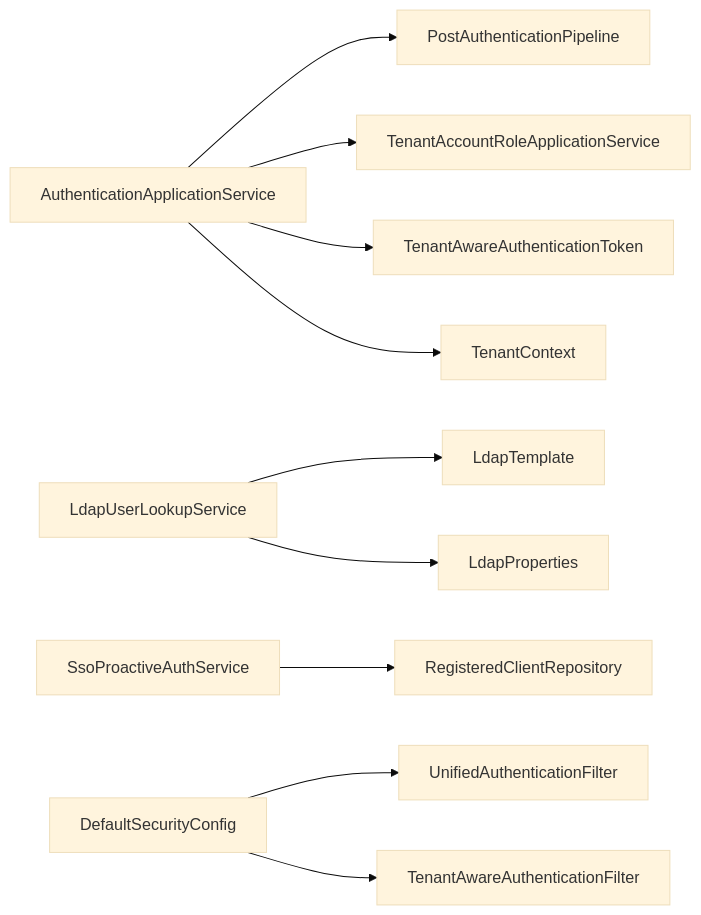
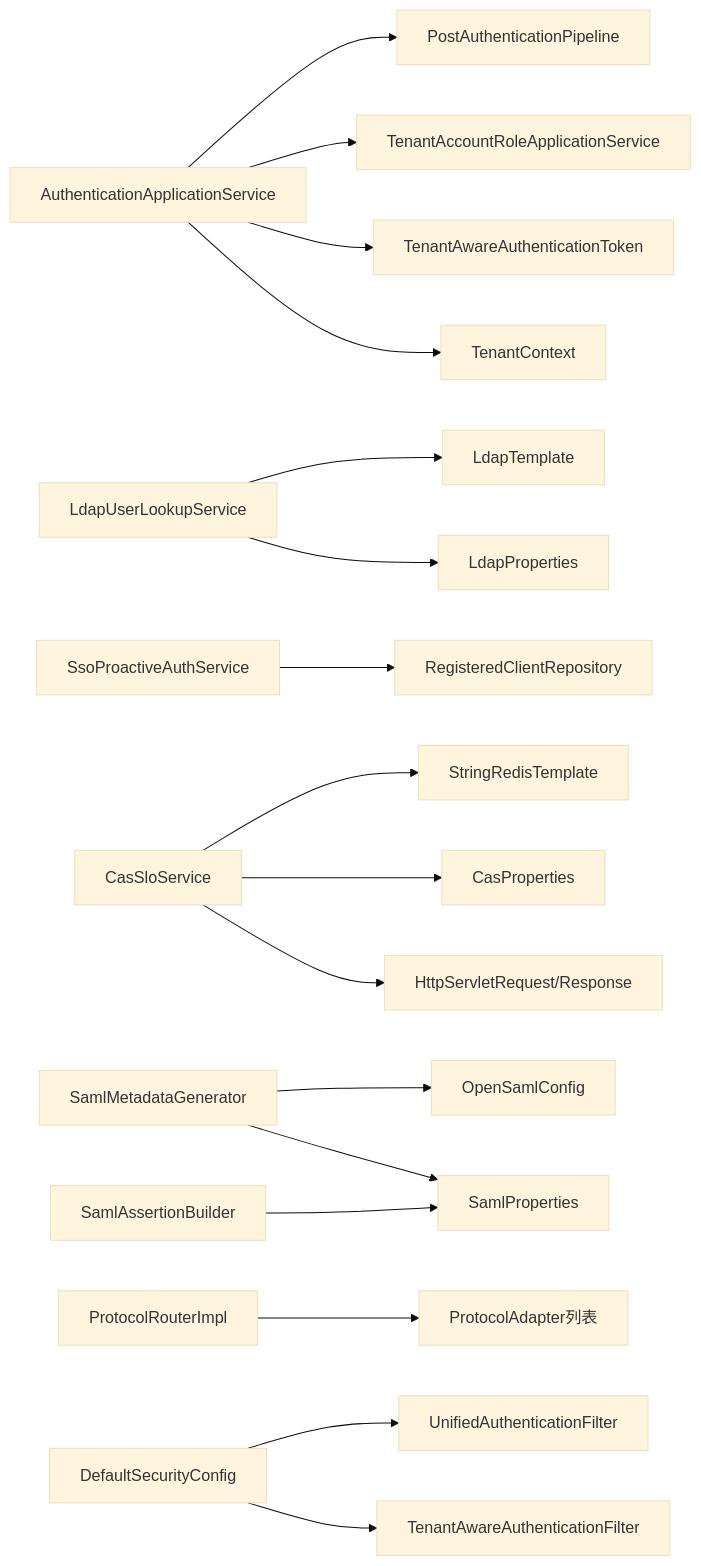
Before and after one commit to fq0121104930716/iam-platform: diagram 12 of 12 in .qoder/repowiki/zh/content/项目概述/项目结构/认证服务器 (iam-auth-server)/认证应用服务.md, drawn with Mermaid (base theme). The commit also changed other lines of this file and 50 other files, not shown here.

````diff
--- a/.qoder/repowiki/zh/content/项目概述/项目结构/认证服务器 (iam-auth-server)/认证应用服务.md
+++ b/.qoder/repowiki/zh/content/项目概述/项目结构/认证服务器 (iam-auth-server)/认证应用服务.md
@@ -330,12 +519,19 @@
 ```mermaid
 graph LR
 AAS["AuthenticationApplicationService"] --> PAP["PostAuthenticationPipeline"]
 AAS --> TAR["TenantAccountRoleApplicationService"]
 AAS --> TAT["TenantAwareAuthenticationToken"]
 AAS --> TC["TenantContext"]
 LAP["LdapUserLookupService"] --> LT["LdapTemplate"]
 LAP --> LPROP["LdapProperties"]
 SPA["SsoProactiveAuthService"] --> RC["RegisteredClientRepository"]
+CAS["CasSloService"] --> STR["StringRedisTemplate"]
+CAS --> CP["CasProperties"]
+CAS --> REQ["HttpServletRequest/Response"]
+SMG["SamlMetadataGenerator"] --> OSC["OpenSamlConfig"]
+SMG --> SP["SamlProperties"]
+SAB["SamlAssertionBuilder"] --> SP
+PR["ProtocolRouterImpl"] --> PA["ProtocolAdapter列表"]
 SEC["DefaultSecurityConfig"] --> UAF["UnifiedAuthenticationFilter"]
 SEC --> TAF["TenantAwareAuthenticationFilter"]
 ```
````
